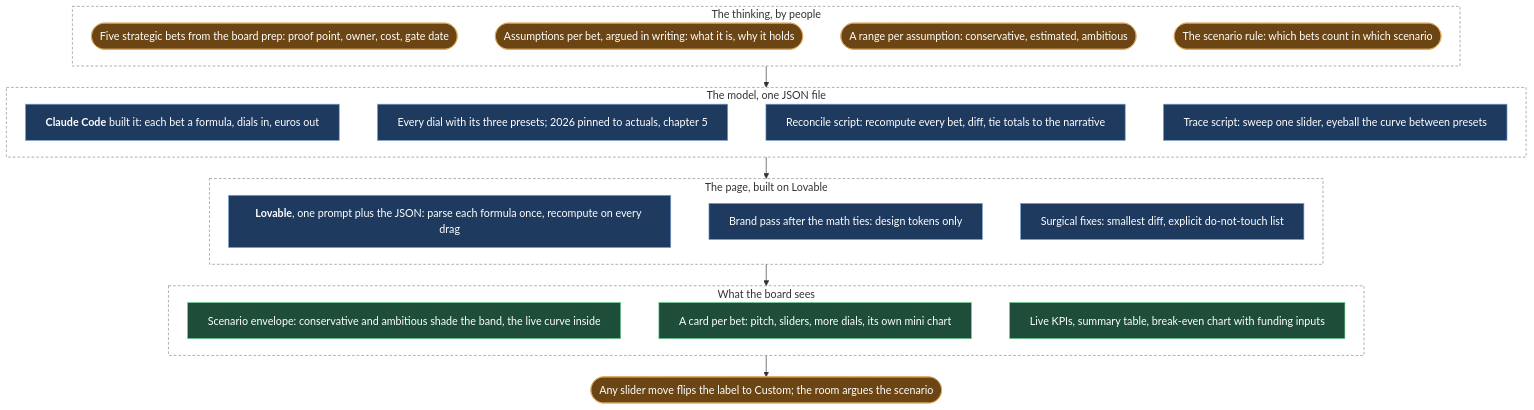
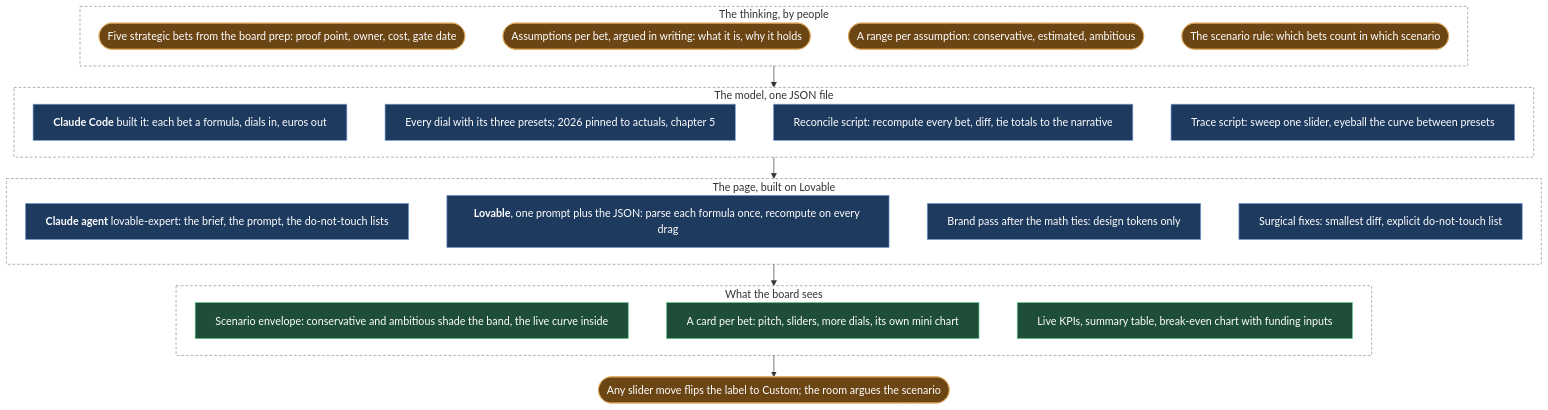
One commit to nunomnferreirapt/ai-operated-growth-engine changed the diagram in evidence/case-studies/06-a-financial-model-the-leadership-team-could-click.md. Above: the diagram before and after it, drawn with Mermaid. The commit also changed other lines of this file, not shown here.

First line of the commit message:
Chapter 6: shorter bullets, the lovable-expert agent in the diagram and the text, the differently section out

````diff
--- a/evidence/case-studies/06-a-financial-model-the-leadership-team-could-click.md
+++ b/evidence/case-studies/06-a-financial-model-the-leadership-team-could-click.md
@@ -11,41 +11,42 @@
 ```mermaid
 %%{init: {"flowchart": {"wrappingWidth": 600, "nodeSpacing": 30, "rankSpacing": 32}}}%%
 flowchart TB
     subgraph TH["The thinking, by people"]
         B1(["Five strategic bets from the board prep: proof point, owner, cost, gate date"]):::human
         B2(["Assumptions per bet, argued in writing: what it is, why it holds"]):::human
         B3(["A range per assumption: conservative, estimated, ambitious"]):::human
         B4(["The scenario rule: which bets count in which scenario"]):::human
         B1 ~~~ B2 ~~~ B3 ~~~ B4
     end
     subgraph MD["The model, one JSON file"]
         J["`**Claude Code** built it: each bet a formula, dials in, euros out`"]:::sys
         PR["Every dial with its three presets; 2026 pinned to actuals, chapter 5"]:::sys
         RC["Reconcile script: recompute every bet, diff, tie totals to the narrative"]:::sys
         TR["Trace script: sweep one slider, eyeball the curve between presets"]:::sys
         J ~~~ PR ~~~ RC ~~~ TR
     end
     TH --> MD
     subgraph PG["The page, built on Lovable"]
+        AG["`**Claude agent** lovable-expert: the brief, the prompt, the do-not-touch lists`"]:::sys
         LV["`**Lovable**, one prompt plus the JSON: parse each formula once, recompute on every drag`"]:::sys
         ST["Brand pass after the math ties: design tokens only"]:::sys
         FX["Surgical fixes: smallest diff, explicit do-not-touch list"]:::sys
-        LV ~~~ ST ~~~ FX
+        AG ~~~ LV ~~~ ST ~~~ FX
     end
     MD --> PG
     subgraph OUT["What the board sees"]
         O1["Scenario envelope: conservative and ambitious shade the band, the live curve inside"]:::out
         O2["A card per bet: pitch, sliders, more dials, its own mini chart"]:::out
         O3["Live KPIs, summary table, break-even chart with funding inputs"]:::out
         O1 ~~~ O2 ~~~ O3
     end
     PG --> OUT
     OUT --> RM(["Any slider move flips the label to Custom; the room argues the scenario"]):::human
     classDef sys fill:#1f3a5f,stroke:#7aa2d8,color:#ffffff
     classDef human fill:#6b4514,stroke:#e0a95a,color:#ffffff
     classDef out fill:#1e4d3a,stroke:#6fcf97,color:#ffffff
     style TH fill:transparent,stroke:#7f8c9a,stroke-dasharray:4 3
     style MD fill:transparent,stroke:#7f8c9a,stroke-dasharray:4 3
     style PG fill:transparent,stroke:#7f8c9a,stroke-dasharray:4 3
     style OUT fill:transparent,stroke:#7f8c9a,stroke-dasharray:4 3
 ```
````
